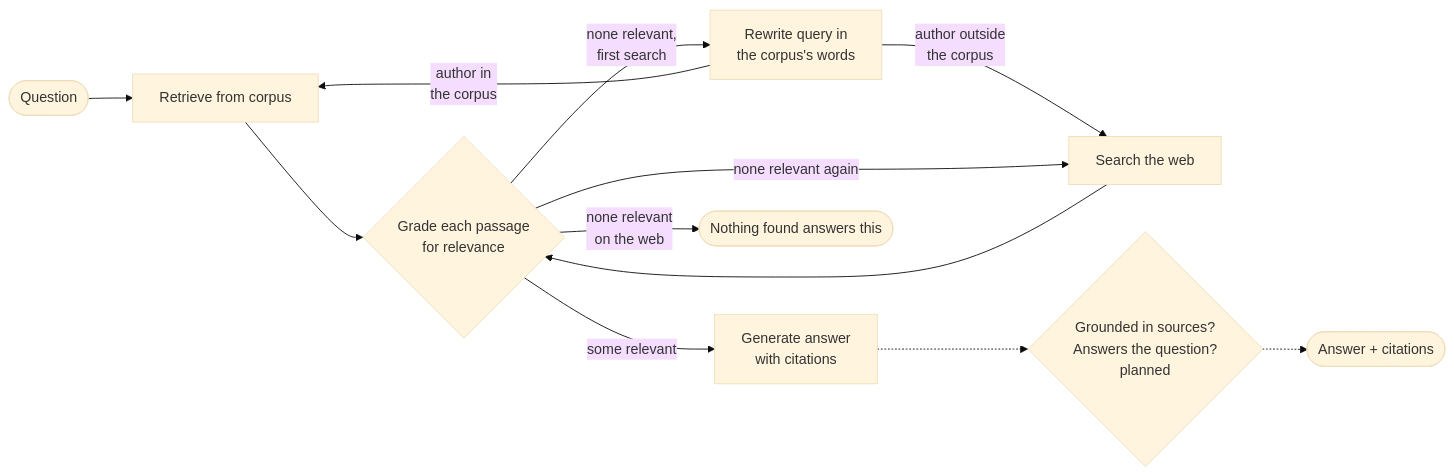
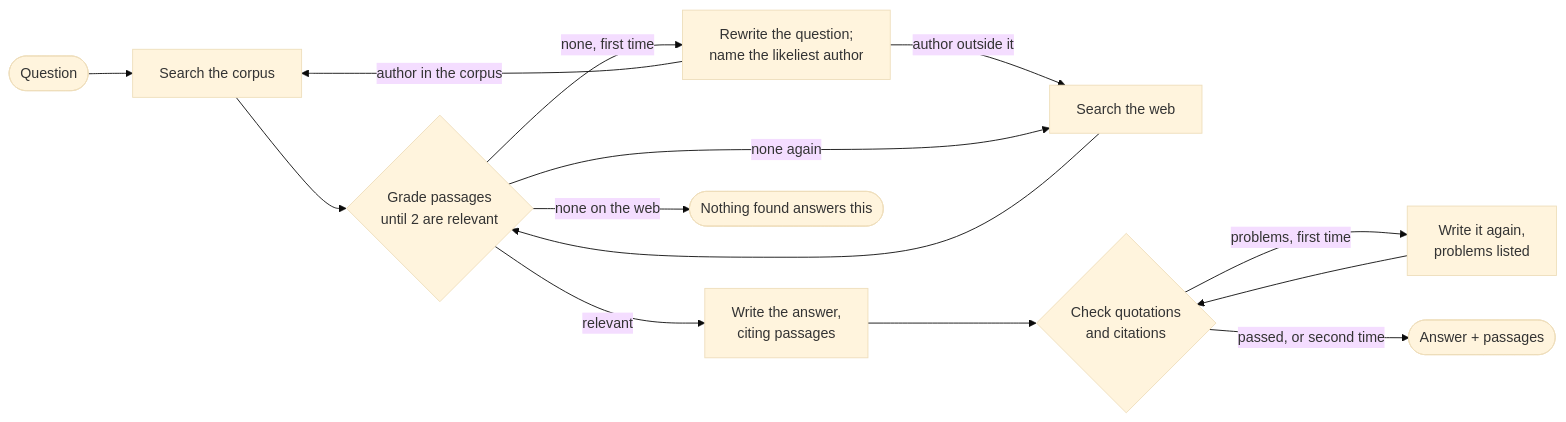
One commit to arkarapetyan/aporia-rag changed the diagram in README.md. Above: the diagram before and after it, drawn with Mermaid (base theme). The commit also changed other lines of this file and 7 other files, not shown here.

````diff
--- a/README.md
+++ b/README.md
@@ -24,14 +46,15 @@
 ```mermaid
 flowchart LR
-    Q([Question]) --> R[Retrieve from corpus]
-    R --> GD{Grade each passage<br/>for relevance}
-    GD -- some relevant --> GEN[Generate answer<br/>with citations]
-    GD -- none relevant,<br/>first search --> RW[Rewrite query in<br/>the corpus's words]
-    RW -- author in<br/>the corpus --> R
-    RW -- author outside<br/>the corpus --> WS[Search the web]
-    GD -- none relevant again --> WS
-    WS --> GD
-    GD -- none relevant<br/>on the web --> N([Nothing found answers this])
-    GEN -.-> V{Grounded in sources?<br/>Answers the question?<br/>planned}
-    V -.-> A([Answer + citations])
+    Q([Question]) --> R[Search the corpus]
+    R --> G{Grade passages<br/>until 2 are relevant}
+    G -- relevant --> W[Write the answer,<br/>citing passages]
+    G -- none, first time --> RW[Rewrite the question;<br/>name the likeliest author]
+    RW -- author in the corpus --> R
+    RW -- author outside it --> WEB[Search the web]
+    G -- none again --> WEB
+    WEB --> G
+    G -- none on the web --> N([Nothing found answers this])
+    W --> C{Check quotations<br/>and citations}
+    C -- problems, first time --> W2[Write it again,<br/>problems listed] --> C
+    C -- passed, or second time --> A([Answer + passages])
 ```
````
